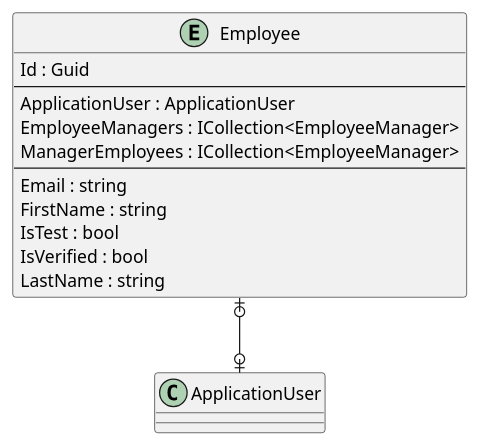
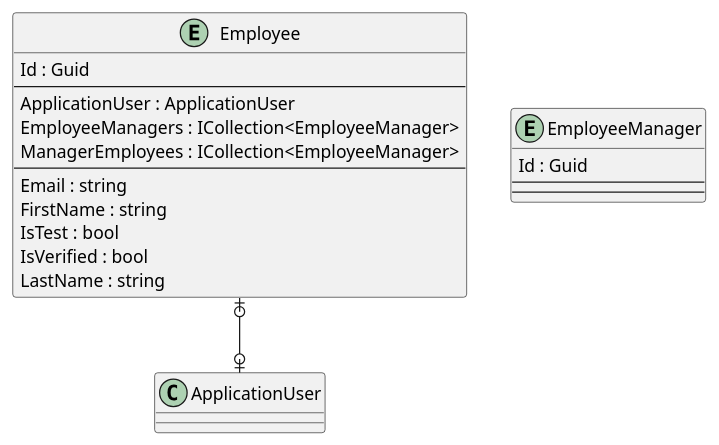
The diagram in .docs/Sco.SarTool.pu (intrepion/intrepion_employee-managers_csharp), drawn with PlantUML before and after one commit.

Commit message:
gawk -i inplace "{ gsub(/' EntityCodePlaceholder/, \"entity EmployeeManager {\n\ \ \ \ Id : Guid\n\ \ \ \ --\n\ \ \ \ ' EmployeeManagerKeyCodePlaceholder\n\ \ \ \ --\n\ \ \ \ ' EmployeeManagerPropertyCodePlaceholder\n}\n\n' EntityCodePlaceholder\") }; { print }" .docs/Sco.SarTool.pu

```diff
--- a/.docs/Sco.SarTool.pu
+++ b/.docs/Sco.SarTool.pu
@@ -1,24 +1,32 @@
 @startuml
 
 entity Employee {
     Id : Guid
     --
     ApplicationUser : ApplicationUser
     EmployeeManagers : ICollection<EmployeeManager>
     ManagerEmployees : ICollection<EmployeeManager>
     ' EmployeeKeyCodePlaceholder
     --
     Email : string
     FirstName : string
     IsTest : bool
     IsVerified : bool
     LastName : string
     ' EmployeePropertyCodePlaceholder
 }
 
+entity EmployeeManager {
+    Id : Guid
+    --
+    ' EmployeeManagerKeyCodePlaceholder
+    --
+    ' EmployeeManagerPropertyCodePlaceholder
+}
+
 ' EntityCodePlaceholder
 
 Employee |o--o| ApplicationUser
 ' RelationshipCodePlaceholder
 
 @enduml
```
